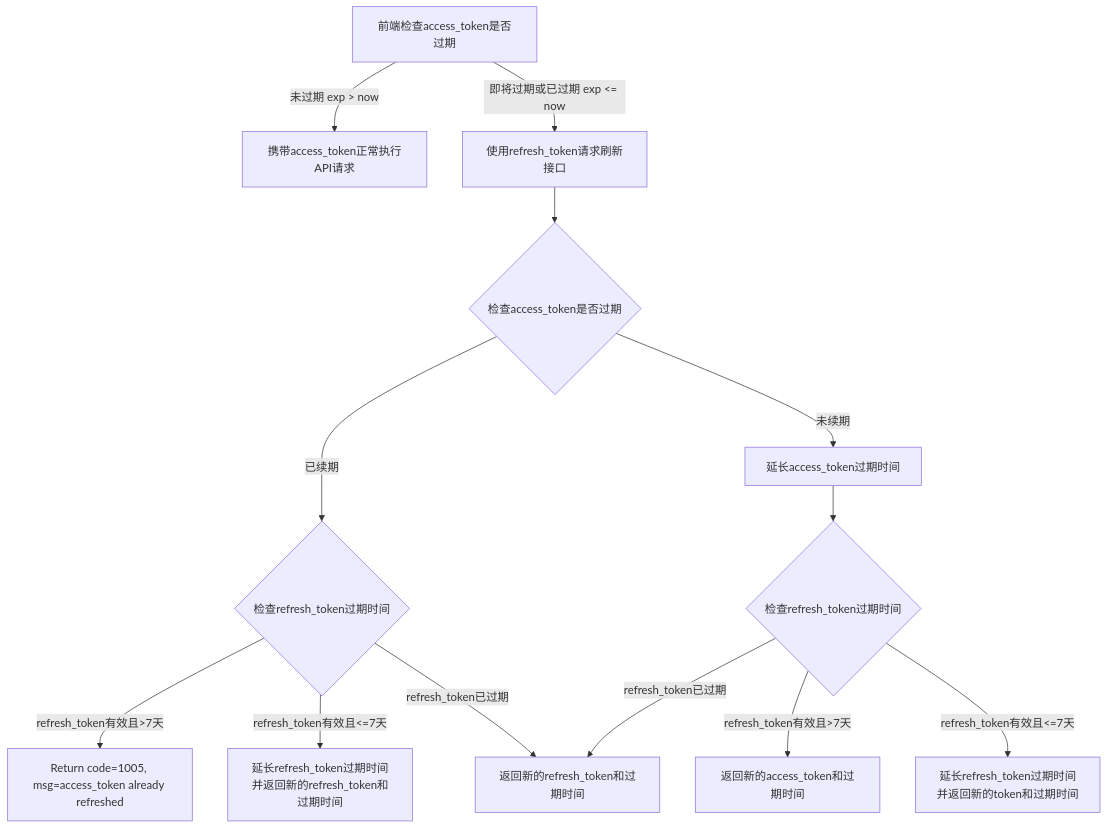
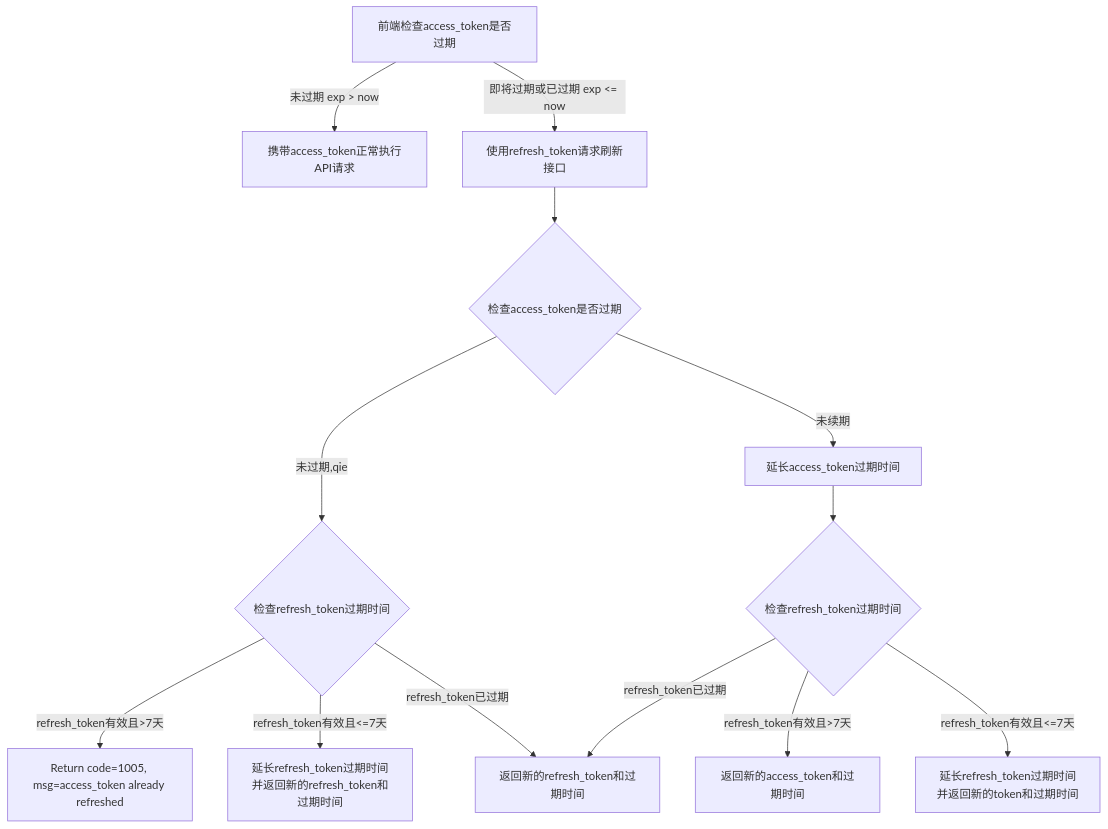
Before and after one commit to yingjianzh/iodraw-files: the diagram in all/未命名-19.md, drawn with Mermaid.

Commit message:
2025-01-09 09:28:30 update

````diff
--- a/all/未命名-19.md
+++ b/all/未命名-19.md
@@ -1,17 +1,17 @@
 ```mermaid
 flowchart TD
     A[前端检查access_token是否过期] 
     A -->|未过期 exp > now| B[携带access_token正常执行API请求]
     A -->|即将过期或已过期 exp <= now| C[使用refresh_token请求刷新接口]
     C --> D{检查access_token是否过期}
-    D -->|已续期| E{检查refresh_token过期时间}
+    D -->|未过期,qie| E{检查refresh_token过期时间}
     D -->|未续期| F[延长access_token过期时间]
     E -->|refresh_token有效且>7天| G[Return code=1005, msg=access_token already refreshed]
     E -->|refresh_token有效且<=7天| H[延长refresh_token过期时间并返回新的refresh_token和过期时间]
     E -->|refresh_token已过期| I[返回新的refresh_token和过期时间]
     F --> J{检查refresh_token过期时间}
     J -->|refresh_token有效且>7天| K[返回新的access_token和过期时间]
     J -->|refresh_token有效且<=7天| L[延长refresh_token过期时间并返回新的token和过期时间]
     J -->|refresh_token已过期| I
 
 ```
````
